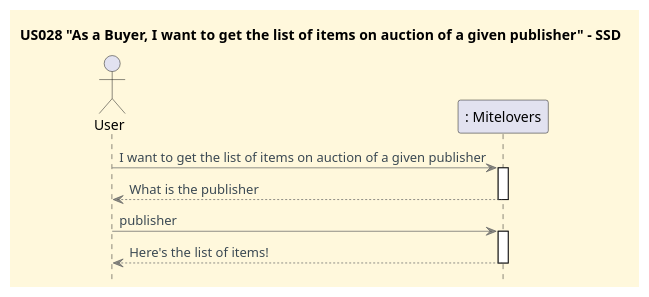
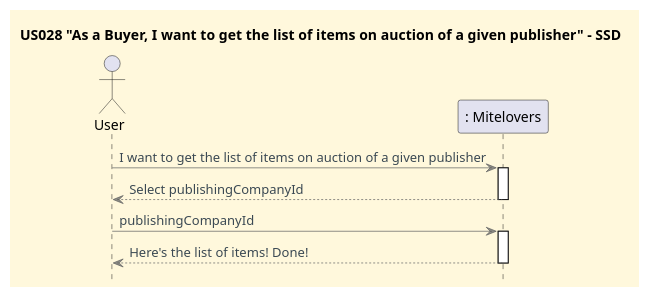
The diagram in docs/user-stories/US028/US028_get_list_of_items_on_auction_of_given_publisher_SSD.puml (CarolinaLeite-collab/JavaMarketplacePlatform), drawn with PlantUML before and after one commit.

Commit message:
update: update US028 ssd #504

```diff
--- a/docs/user-stories/US028/US028_get_list_of_items_on_auction_of_given_publisher_SSD.puml
+++ b/docs/user-stories/US028/US028_get_list_of_items_on_auction_of_given_publisher_SSD.puml
@@ -1,45 +1,45 @@
 @startuml
 'https://plantuml.com/sequence-diagram
 '==== basic style ====
 
 'hides unwanted text
 hide stereotype
 
 skinparam monochrome false
 
 skinparam shadowing false
 skinparam defaultFontName Futura
 skinparam objectFontSize 20
 skinparam backgroundColor CornSilk
 skinparam objectBackgroundColor WhiteSmoke
 skinparam noteBackgroundColor #FFFFE0
 skinparam ArrowFontColor #3B4953
 skinparam ArrowColor #57595BAA
 
 'undefined objects
 skinparam object {
   BackgroundColor<<highlight>> 91C6BCAA
   BorderColor<<highlight>> 4B9DA9AA
   FontColor<<highlight>> 547792AA
 }
 skinparam shadowing<<highlight>> false
 
 
 title US028 "As a Buyer, I want to get the list of items on auction of a given publisher" - SSD
 
 actor User
 participant ": Mitelovers"
 
 hidefootbox
 
 User -> ": Mitelovers" : I want to get the list of items on auction of a given publisher
 activate ": Mitelovers"
-": Mitelovers" --> User : What is the publisher
+": Mitelovers" --> User : Select publishingCompanyId
 deactivate ": Mitelovers"
-User -> ": Mitelovers" : publisher
+User -> ": Mitelovers" : publishingCompanyId
 activate ": Mitelovers"
-": Mitelovers" --> User : Here's the list of items!
+": Mitelovers" --> User : Here's the list of items! Done!
 deactivate ": Mitelovers"
 
 
 @enduml
```
